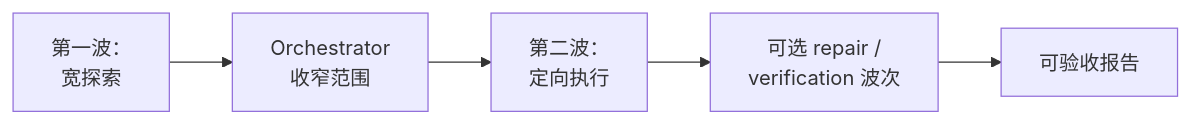
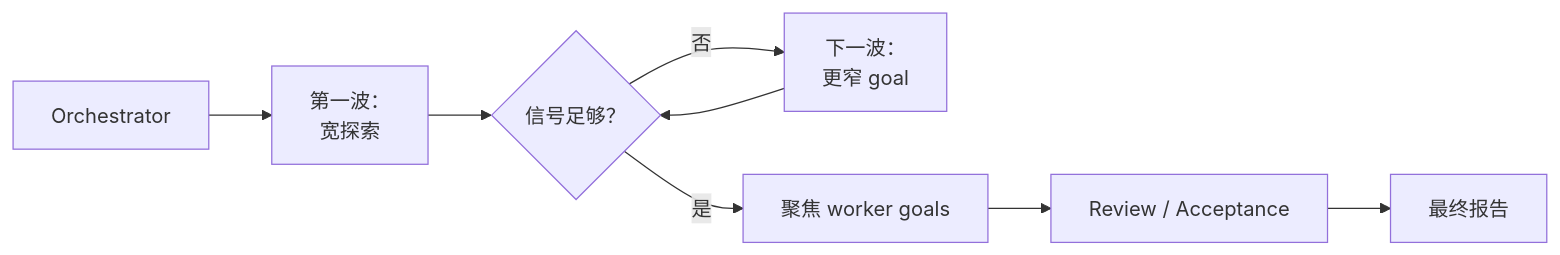
The third of 4 diagrams in README.zh-CN.md (patrick-fu/parallel-goal-workflows), drawn with Mermaid before and after one commit. The commit also changed other lines of this file and 1 other file, not shown here.

First line of the commit message:
Simplify standalone workflow shape diagrams

````diff
--- a/README.zh-CN.md
+++ b/README.zh-CN.md
@@ -110,7 +90,10 @@
 ```mermaid
 flowchart LR
-  A["第一波：<br/>宽探索"] --> B["Orchestrator<br/>收窄范围"]
-  B --> C["第二波：<br/>定向执行"]
-  C --> D["可选 repair /<br/>verification 波次"]
-  D --> E["可验收报告"]
+  O["Orchestrator"] --> Explore["第一波：<br/>宽探索"]
+  Explore --> Decision{"信号足够？"}
+  Decision -- "否" --> Narrow["下一波：<br/>更窄 goal"]
+  Narrow --> Decision
+  Decision -- "是" --> Focus["聚焦 worker goals"]
+  Focus --> Review["Review / Acceptance"]
+  Review --> Report["最终报告"]
 ```
````
